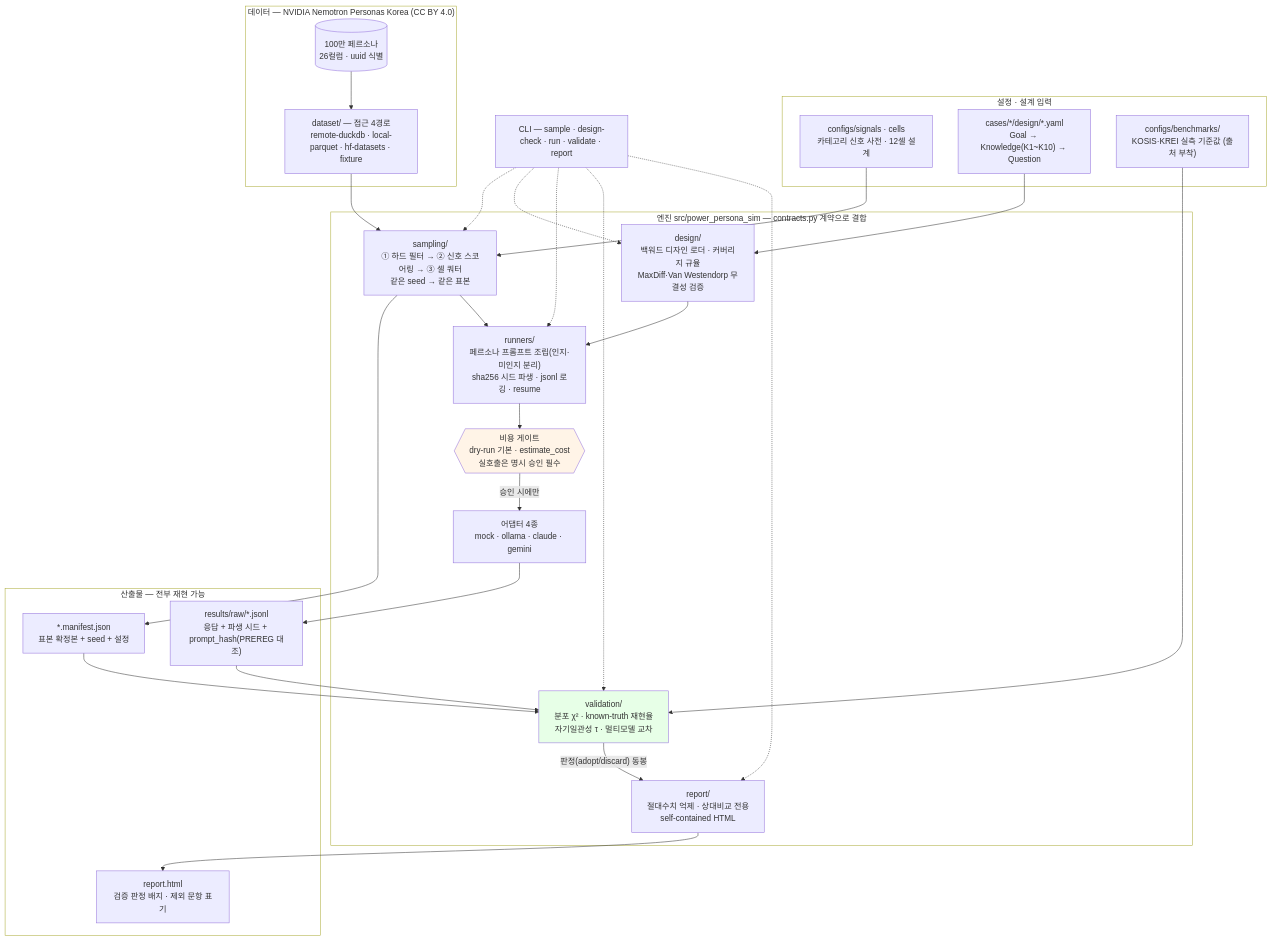
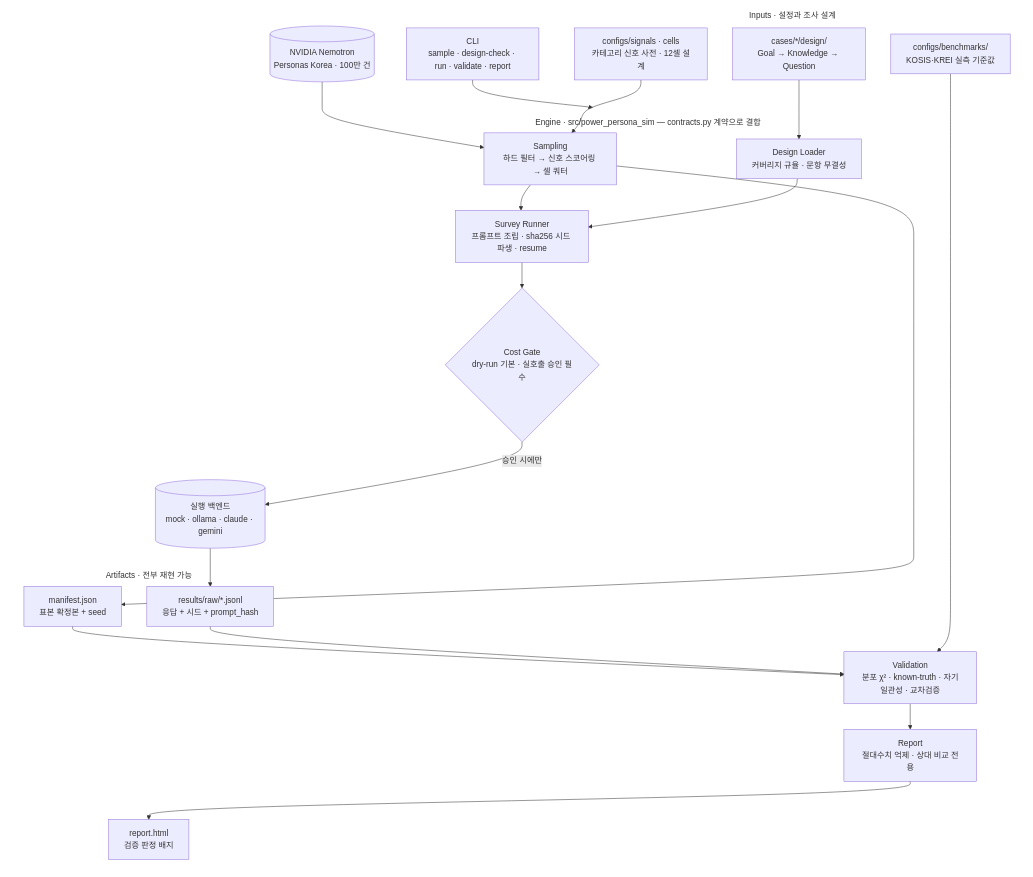
One commit to Power-xc/power-persona-sim changed the diagram in README.md. Above: the diagram before and after it, drawn with Mermaid. The commit also changed other lines of this file and 3 other files, not shown here.

````diff
--- a/README.md
+++ b/README.md
@@ -25,55 +25,51 @@
 ```mermaid
-graph TB
-    subgraph SG_IN["설정 · 설계 입력"]
+%%{init: {"flowchart": {"subGraphTitleMargin": {"top": 8, "bottom": 8}}}}%%
+
+flowchart TD
+    CLI["CLI<br/>sample · design-check · run · validate · report"]
+
+    subgraph IN["Inputs · 설정과 조사 설계"]
         CFG["configs/signals · cells<br/>카테고리 신호 사전 · 12셀 설계"]
-        SVY["cases/*/design/*.yaml<br/>Goal → Knowledge(K1~K10) → Question"]
-        BENCH["configs/benchmarks/<br/>KOSIS·KREI 실측 기준값 (출처 부착)"]
+        SVY["cases/*/design/<br/>Goal → Knowledge → Question"]
+        BENCH["configs/benchmarks/<br/>KOSIS·KREI 실측 기준값"]
     end
 
-    subgraph SG_DATA["데이터 — NVIDIA Nemotron Personas Korea (CC BY 4.0)"]
-        HF[("100만 페르소나<br/>26컬럼 · uuid 식별")]
-        SRC["dataset/ — 접근 4경로<br/>remote-duckdb · local-parquet · hf-datasets · fixture"]
+    subgraph ENGINE["Engine · src/power_persona_sim — contracts.py 계약으로 결합"]
+        SMP["Sampling<br/>하드 필터 → 신호 스코어링 → 셀 쿼터"]
+        DSG["Design Loader<br/>커버리지 규율 · 문항 무결성"]
+        RUN["Survey Runner<br/>프롬프트 조립 · sha256 시드 파생 · resume"]
+        GATE{"Cost Gate<br/>dry-run 기본 · 실호출 승인 필수"}
+        VAL["Validation<br/>분포 χ² · known-truth · 자기일관성 · 교차검증"]
+        RPT["Report<br/>절대수치 억제 · 상대 비교 전용"]
+
+        SMP --> RUN
+        DSG --> RUN
+        RUN --> GATE
+        VAL --> RPT
     end
 
-    subgraph SG_CORE["엔진 src/power_persona_sim — contracts.py 계약으로 결합"]
-        SMP["sampling/<br/>① 하드 필터 → ② 신호 스코어링 → ③ 셀 쿼터<br/>같은 seed → 같은 표본"]
-        DSG["design/<br/>백워드 디자인 로더 · 커버리지 규율<br/>MaxDiff·Van Westendorp 무결성 검증"]
-        RUN["runners/<br/>페르소나 프롬프트 조립(인지·미인지 분리)<br/>sha256 시드 파생 · jsonl 로깅 · resume"]
-        GATE{{"비용 게이트<br/>dry-run 기본 · estimate_cost<br/>실호출은 명시 승인 필수"}}
-        ADP["어댑터 4종<br/>mock · ollama · claude · gemini"]
-        VAL["validation/<br/>분포 χ² · known-truth 재현율<br/>자기일관성 τ · 멀티모델 교차"]
-        RPT["report/<br/>절대수치 억제 · 상대비교 전용<br/>self-contained HTML"]
+    subgraph OUT["Artifacts · 전부 재현 가능"]
+        MF["manifest.json<br/>표본 확정본 + seed"]
+        LOG["results/raw/*.jsonl<br/>응답 + 시드 + prompt_hash"]
+        HTML["report.html<br/>검증 판정 배지"]
     end
 
-    subgraph SG_OUT["산출물 — 전부 재현 가능"]
-        MF["*.manifest.json<br/>표본 확정본 + seed + 설정"]
-        LOG["results/raw/*.jsonl<br/>응답 + 파생 시드 + prompt_hash(PREREG 대조)"]
-        HTML["report.html<br/>검증 판정 배지 · 제외 문항 표기"]
-    end
+    DS[("NVIDIA Nemotron<br/>Personas Korea · 100만 건")]
+    LLM[("실행 백엔드<br/>mock · ollama · claude · gemini")]
 
-    CLI["CLI — sample · design-check · run · validate · report"]
-
-    HF --> SRC
-    SRC --> SMP
+    CLI --> ENGINE
+    DS --> SMP
     CFG --> SMP
     SVY --> DSG
     SMP --> MF
-    SMP --> RUN
-    DSG --> RUN
-    RUN --> GATE
-    GATE -->|승인 시에만| ADP
-    ADP --> LOG
+    GATE -->|"승인 시에만"| LLM
+    LLM --> LOG
+    MF --> VAL
     LOG --> VAL
-    MF --> VAL
     BENCH --> VAL
-    VAL -->|"판정(adopt/discard) 동봉"| RPT
     RPT --> HTML
-    CLI -.-> SMP & DSG & RUN & VAL & RPT
 
-    style SG_IN fill:transparent
-    style SG_DATA fill:transparent
-    style SG_CORE fill:transparent
-    style SG_OUT fill:transparent
-    style GATE fill:#fff4e7
-    style VAL fill:#e7ffe7
+    style IN fill:transparent,stroke:transparent
+    style ENGINE fill:transparent,stroke:transparent
+    style OUT fill:transparent,stroke:transparent
 ```
````
